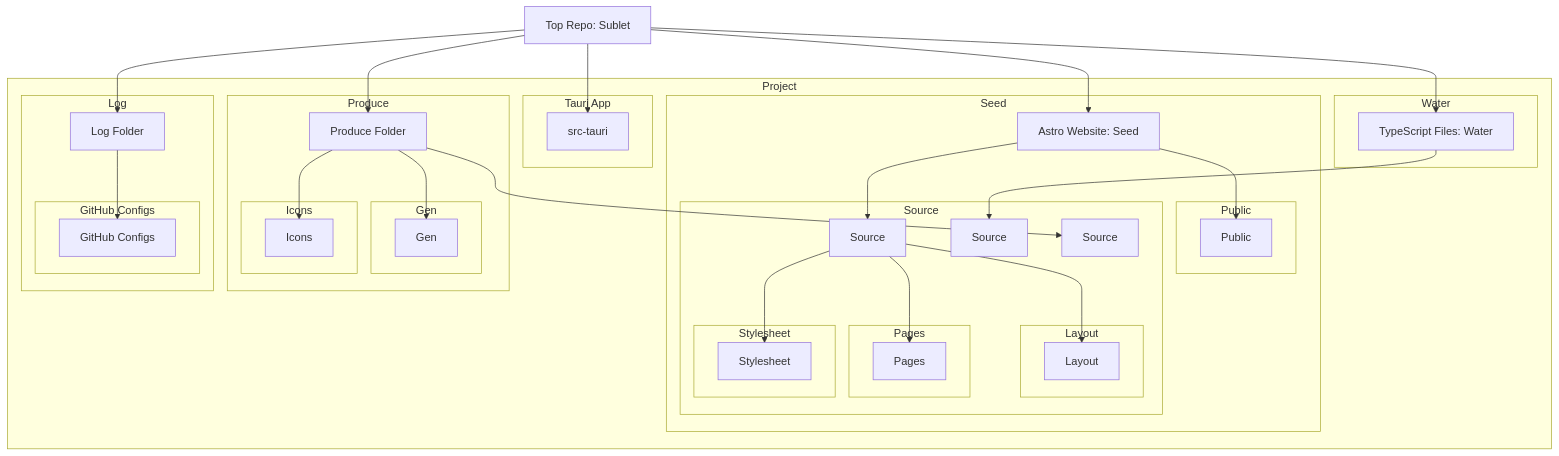
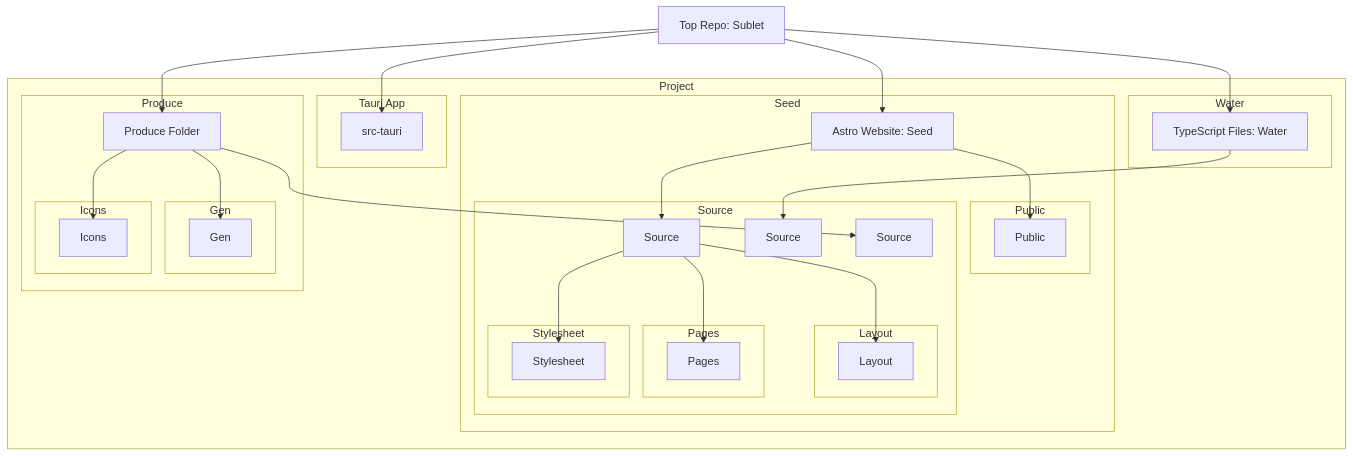
Before and after one commit to CodeEditorLand/Land: the diagram in README.md, drawn with Mermaid.

````diff
--- a/README.md
+++ b/README.md
@@ -23,72 +23,63 @@
 ```mermaid
 graph TD
     A[Top Repo: Sublet]
 
     subgraph Project
         subgraph Seed
             D[Astro Website: Seed]
             subgraph Public
                 D3[Public]
             end
             subgraph Source
                 D4[Source]
                 subgraph Layout
                     D5[Layout]
                 end
                 subgraph Pages
                     D6[Pages]
                 end
                 subgraph Stylesheet
                     D7[Stylesheet]
                 end
             end
         end
 
         subgraph Tauri App
             E[src-tauri]
         end
 
         subgraph Water
             F[TypeScript Files: Water]
             subgraph Source
                 F3[Source]
             end
         end
 
         subgraph Produce
             G[Produce Folder]
             subgraph Gen
                 G3[Gen]
             end
             subgraph Icons
                 G4[Icons]
             end
             subgraph Source
                 G5[Source]
             end
         end
-
-        subgraph Log
-            H[Log Folder]
-            subgraph GitHub Configs
-                H1[GitHub Configs]
-            end
-        end
     end
 
     A --> D
     A --> E
     A --> F
     A --> G
-    A --> H
     D --> D3
     D --> D4
     D4 --> D5
     D4 --> D6
     D4 --> D7
     F --> F3
     G --> G3
     G --> G4
     G --> G5
-    H --> H1
 ```
````
